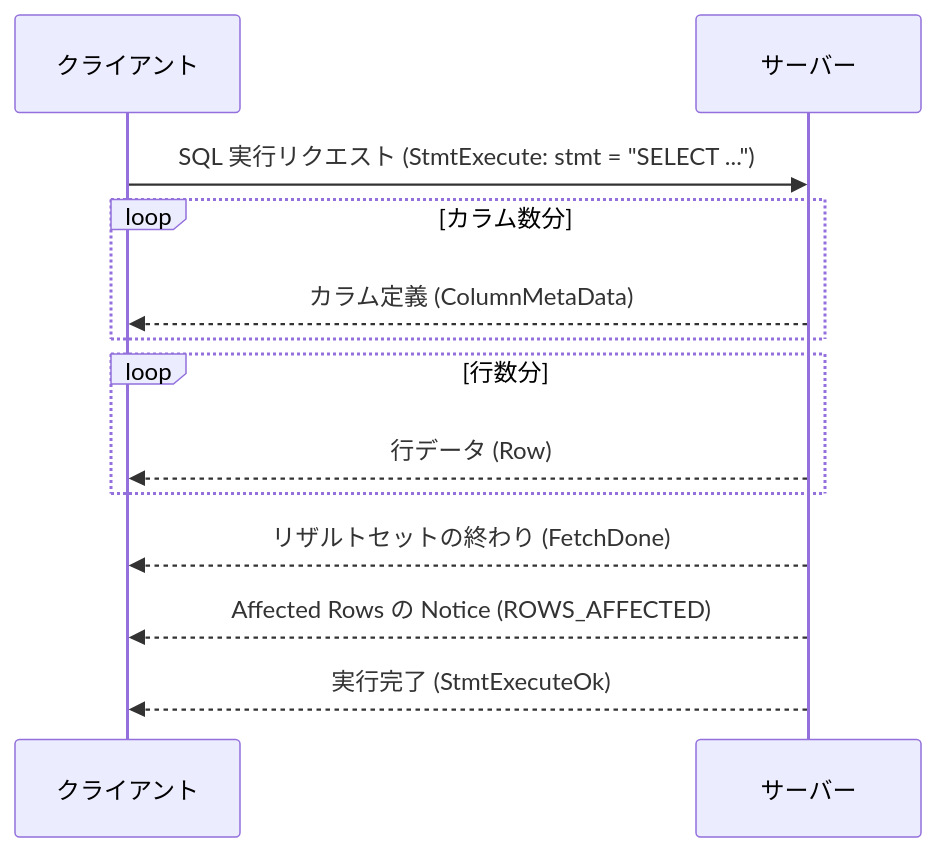
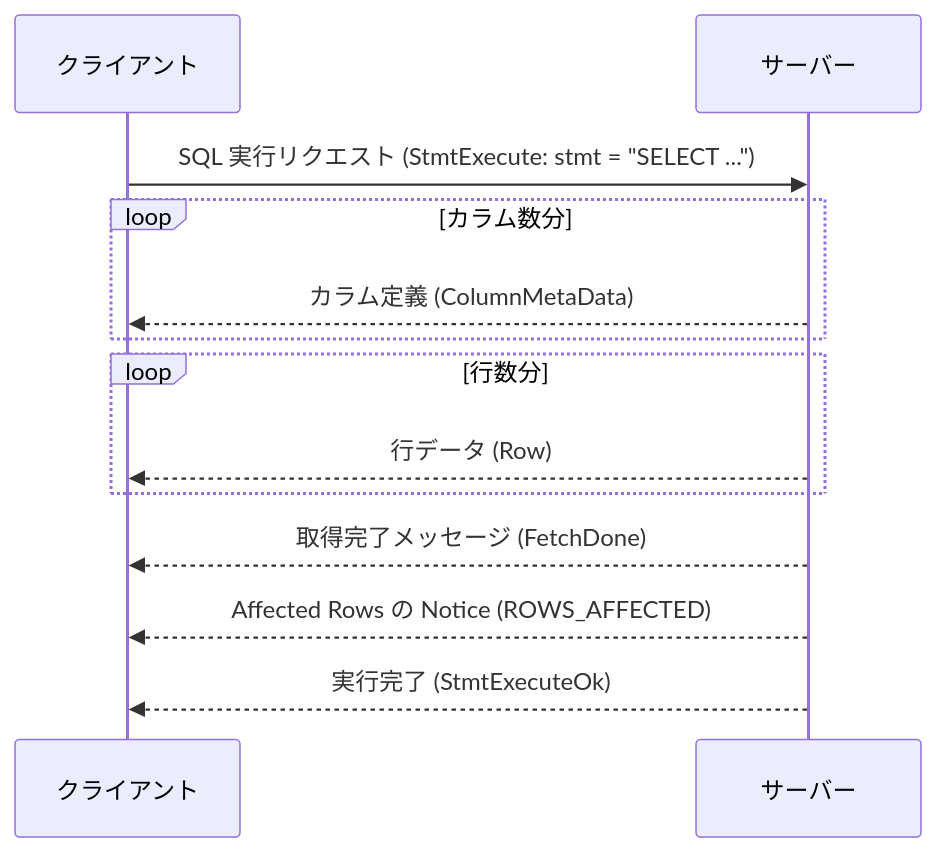
Before and after one commit to ren-yamanashi/minesql: the second of 2 diagrams in docs/specification/protocol/communication_flow.md, drawn with Mermaid. The commit also changed other lines of this file and 2 other files, not shown here.

````diff
--- a/docs/specification/protocol/communication_flow.md
+++ b/docs/specification/protocol/communication_flow.md
@@ -98,15 +98,15 @@
 ```mermaid
 sequenceDiagram
     participant C as クライアント
     participant S as サーバー
     C->>S: SQL 実行リクエスト (StmtExecute: stmt = "SELECT ...")
     loop カラム数分
         S-->>C: カラム定義 (ColumnMetaData)
     end
     loop 行数分
         S-->>C: 行データ (Row)
     end
-    S-->>C: リザルトセットの終わり (FetchDone)
+    S-->>C: 取得完了メッセージ (FetchDone)
     S-->>C: Affected Rows の Notice (ROWS_AFFECTED)
     S-->>C: 実行完了 (StmtExecuteOk)
 ```
````
